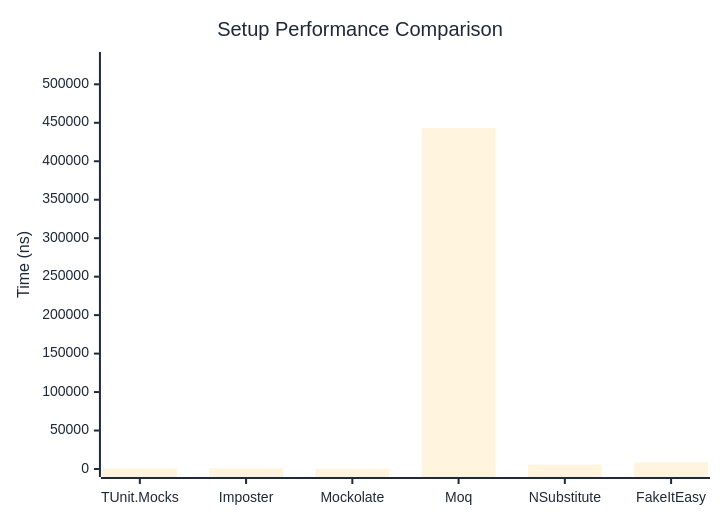
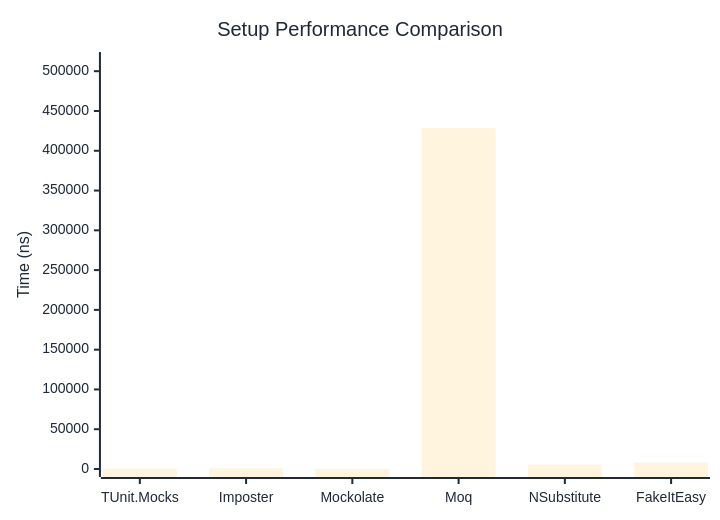
One commit to thomhurst/TUnit changed the first of 2 diagrams in docs/docs/benchmarks/mocks/Setup.md. Above: the diagram before and after it, drawn with Mermaid. The commit also changed other lines of this file and 14 other files, not shown here.

````diff
--- a/docs/docs/benchmarks/mocks/Setup.md
+++ b/docs/docs/benchmarks/mocks/Setup.md
@@ -30,27 +30,27 @@
 ```mermaid
 %%{init: {
   'theme':'base',
   'themeVariables': {
     'primaryColor': '#2563eb',
     'primaryTextColor': '#1f2937',
     'primaryBorderColor': '#1e40af',
     'lineColor': '#6b7280',
     'secondaryColor': '#7c3aed',
     'tertiaryColor': '#dc2626',
     'background': '#ffffff',
     'pie1': '#2563eb',
     'pie2': '#7c3aed',
     'pie3': '#dc2626',
     'pie4': '#f59e0b',
     'pie5': '#10b981',
     'pie6': '#06b6d4',
     'pie7': '#ec4899',
     'pie8': '#6366f1'
   }
 }}%%
 xychart-beta
   title "Setup Performance Comparison"
   x-axis ["TUnit.Mocks", "Imposter", "Mockolate", "Moq", "NSubstitute", "FakeItEasy"]
-  y-axis "Time (ns)" 0 --> 531605
-  bar [573.8, 874.8, 334.9, 443003.9, 5644.4, 8639.6]
+  y-axis "Time (ns)" 0 --> 514091
+  bar [511.8, 765, 297.9, 428408.5, 5465.5, 8063.7]
 ```
````
